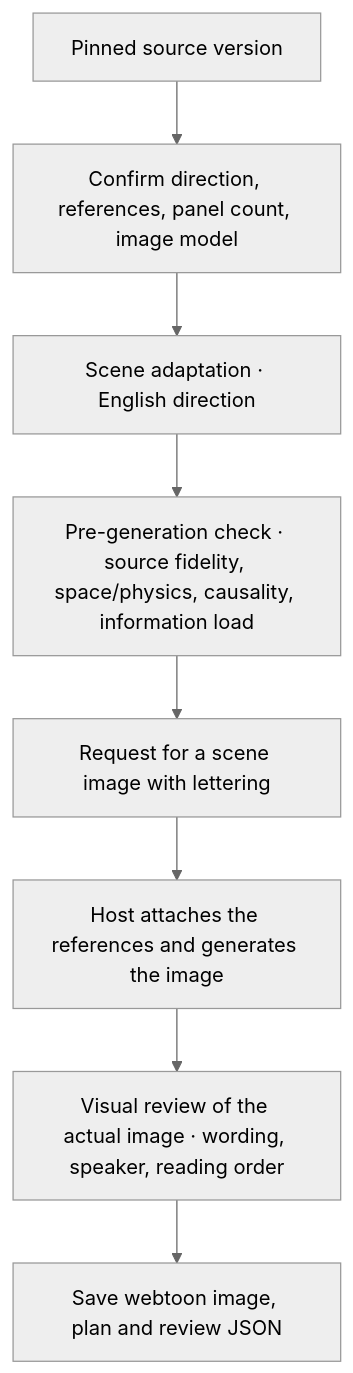
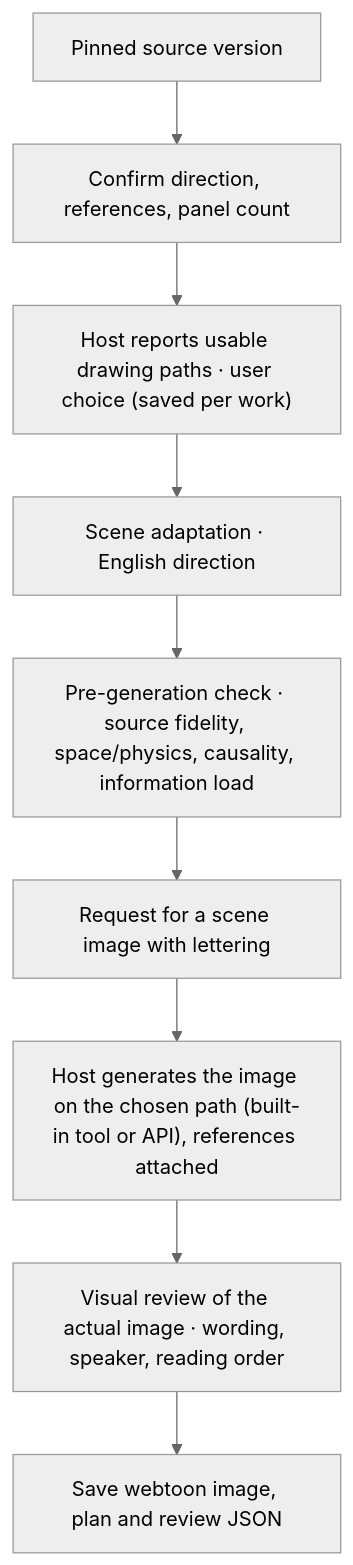
The fourth of 6 diagrams in docs/ARCHITECTURE.en.md (fbwndrud/vibelore), drawn with Mermaid (neutral theme) before and after one commit. The commit also changed other lines of this file and 17 other files, not shown here.

First line of the commit message:
docs: separate novel and webtoon models, list tested models and drawing paths

````diff
--- a/docs/ARCHITECTURE.en.md
+++ b/docs/ARCHITECTURE.en.md
@@ -108,10 +108,11 @@
 ```mermaid
 flowchart TD
-    S["Pinned source version"] --> I["Confirm direction, references, panel count, image model"]
-    I --> D["Scene adaptation · English direction"]
+    S["Pinned source version"] --> I["Confirm direction, references, panel count"]
+    I --> R["Host reports usable drawing paths · user choice (saved per work)"]
+    R --> D["Scene adaptation · English direction"]
     D --> C["Pre-generation check · source fidelity, space/physics, causality, information load"]
     C --> J["Request for a scene image with lettering"]
-    J --> H["Host attaches the references and generates the image"]
+    J --> H["Host generates the image on the chosen path (built-in tool or API), references attached"]
     H --> V2["Visual review of the actual image · wording, speaker, reading order"]
     V2 --> O["Save webtoon image, plan and review JSON"]
 ```
````
